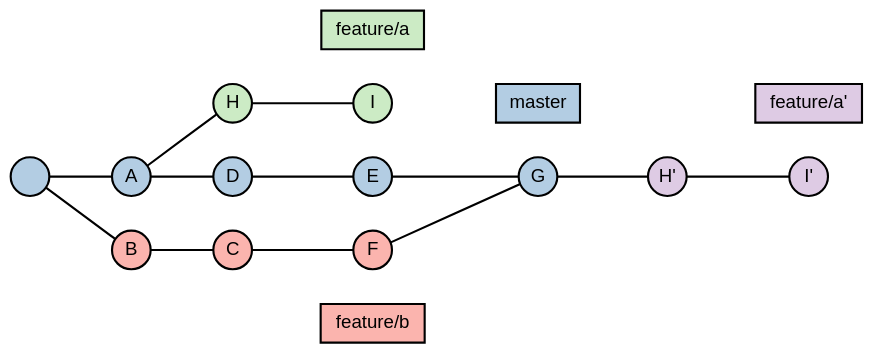
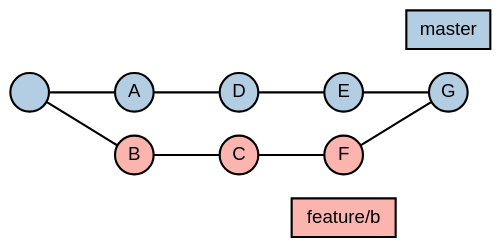
The first of 3 diagrams in examples/Render Code.md (resamsel/impress.me), drawn with Graphviz before and after one commit. The commit also changed other lines of this file and 3 other files, not shown here.

````diff
--- a/examples/Render Code.md
+++ b/examples/Render Code.md
@@ -6,56 +6,42 @@
 ```dot,render
 digraph G {
-    size = "16,9";
-    ratio = expand;
     rankdir = "LR";
+    ranksep = "0 equally";
     bgcolor = "transparent";
 
     node [
         width = 0.4
         height = 0.4
         fixedsize = shape
         shape = circle
-        color = black
-        fontcolor = black
         penwidth = 1.6
         style = filled
         fontname = "PT Sans,sans-serif"
         colorscheme = "pastel19"
         shape = circle
         fixedsize = shape
     ];
 
     edge [
-        weight = 2,
-        color = black,
-        arrowhead = none,
-        penwidth = 1.6,
+        weight = 2
+        arrowhead = none
+        penwidth = 1.6
         splines = curved
     ];
 
-    node [group = master, fillcolor = 2];
+    node [group = master fillcolor = 2];
     " " -> A -> D -> E -> G;
-    node [group = "feature-a", fillcolor = 3];
-    A -> H -> I;
-    node [group = "feature-a'", fillcolor = 4];
-    G -> "H'" -> "I'";
-    node [group = "feature-b", fillcolor = 1];
+    node [group = "feature-b" fillcolor = 1];
     " " -> B -> C -> F -> G;
 
-    node [shape = box, fixedsize = false];
+    node [shape = box fixedsize = false];
     edge [penwidth = 0];
 
     node [fillcolor = 2];
     "master" -> G;
     {rank = same; G; "master";}
-    node [fillcolor = 3];
-    "feature/a" -> I;
-    {rank = same; I; "feature/a";}
-    node [fillcolor = 4];
-    "feature/a'" -> "I'";
-    {rank = same; "I'"; "feature/a'";}
     node [fillcolor = 1];
     F -> "feature/b";
     {rank = same; F; "feature/b";}
 }
 ```
````
